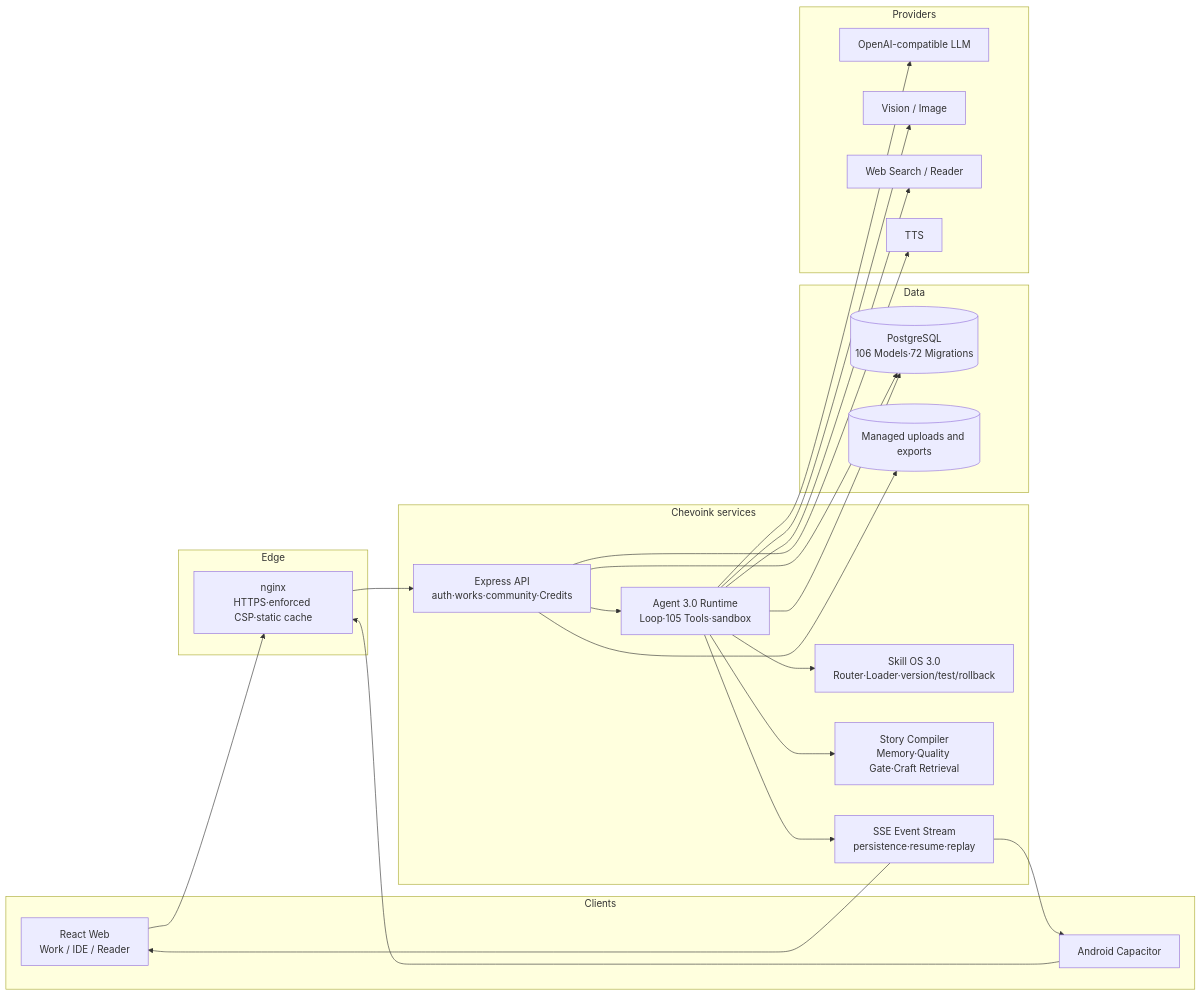
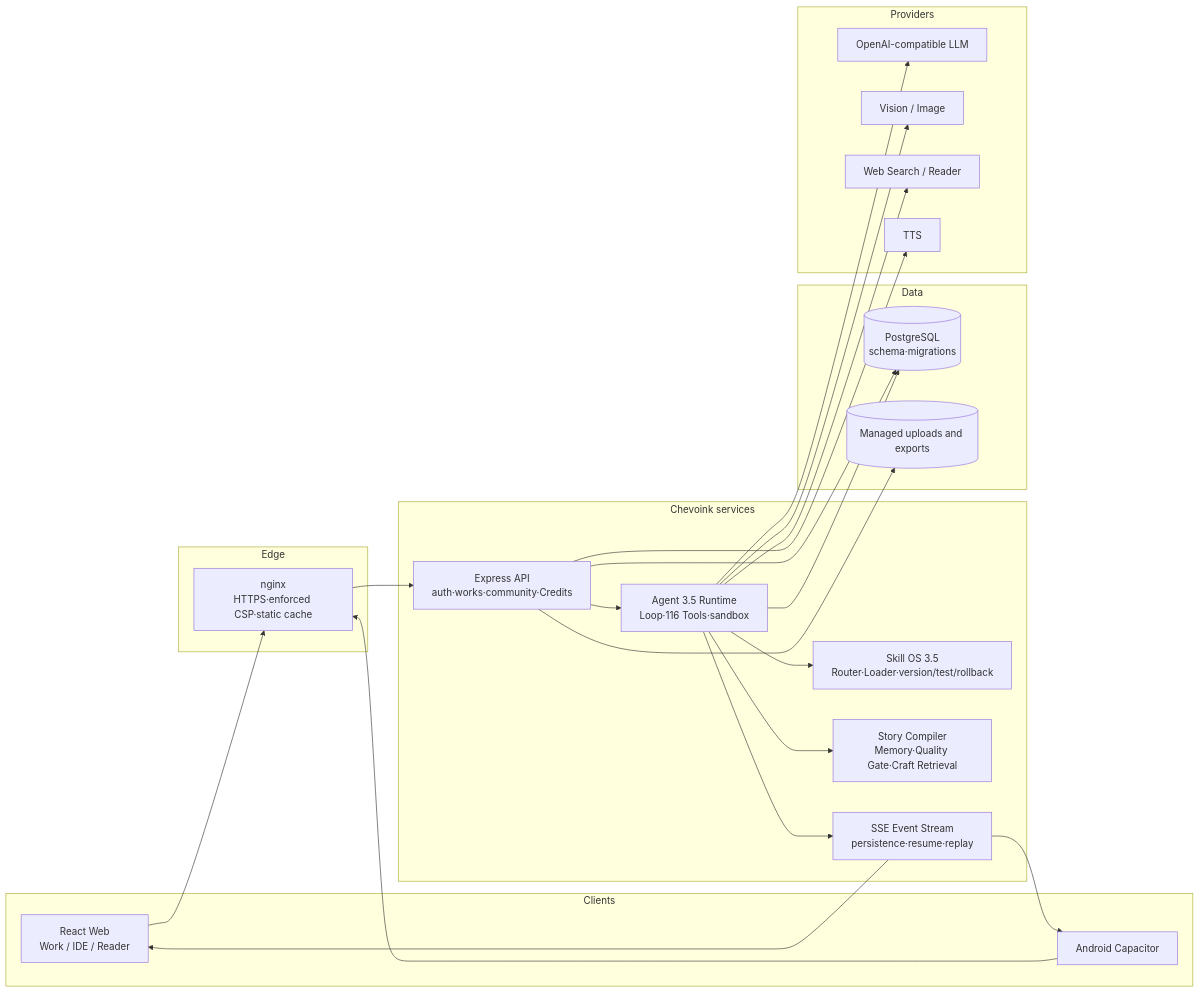
Before and after one commit to Xcy8010/Chevoink: the second of 2 diagrams in README.en.md, drawn with Mermaid. The commit also changed other lines of this file and 44 other files, not shown here.

````diff
--- a/README.en.md
+++ b/README.en.md
@@ -96,43 +105,43 @@
 ```mermaid
 flowchart LR
   subgraph Client[Clients]
     WEB[React Web<br/>Work / IDE / Reader]
     APP[Android Capacitor]
   end
   subgraph Edge[Edge]
     NGINX[nginx<br/>HTTPS·enforced CSP·static cache]
   end
   subgraph Service[Chevoink services]
     API[Express API<br/>auth·works·community·Credits]
-    LOOP[Agent 3.0 Runtime<br/>Loop·105 Tools·sandbox]
-    SKILL[Skill OS 3.0<br/>Router·Loader·version/test/rollback]
+    LOOP[Agent 3.5 Runtime<br/>Loop·116 Tools·sandbox]
+    SKILL[Skill OS 3.5<br/>Router·Loader·version/test/rollback]
     STORY[Story Compiler<br/>Memory·Quality Gate·Craft Retrieval]
     SSE[SSE Event Stream<br/>persistence·resume·replay]
   end
   subgraph Data[Data]
-    PG[(PostgreSQL<br/>106 Models·72 Migrations)]
+    PG[(PostgreSQL<br/>schema·migrations)]
     FILES[(Managed uploads and exports)]
   end
   subgraph Providers[Providers]
     LLM[OpenAI-compatible LLM]
     VISION[Vision / Image]
     SEARCH[Web Search / Reader]
     TTS[TTS]
   end
   WEB --> NGINX
   APP --> NGINX
   NGINX --> API
   API --> LOOP
   LOOP --> SKILL
   LOOP --> STORY
   LOOP --> SSE
   API --> PG
   LOOP --> PG
   API --> FILES
   LOOP --> LLM
   LOOP --> VISION
   LOOP --> SEARCH
   API --> TTS
   SSE --> WEB
   SSE --> APP
 ```
````
